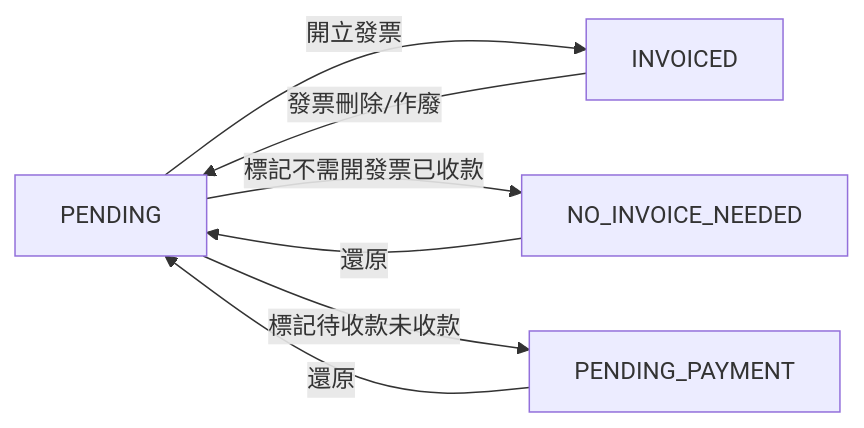
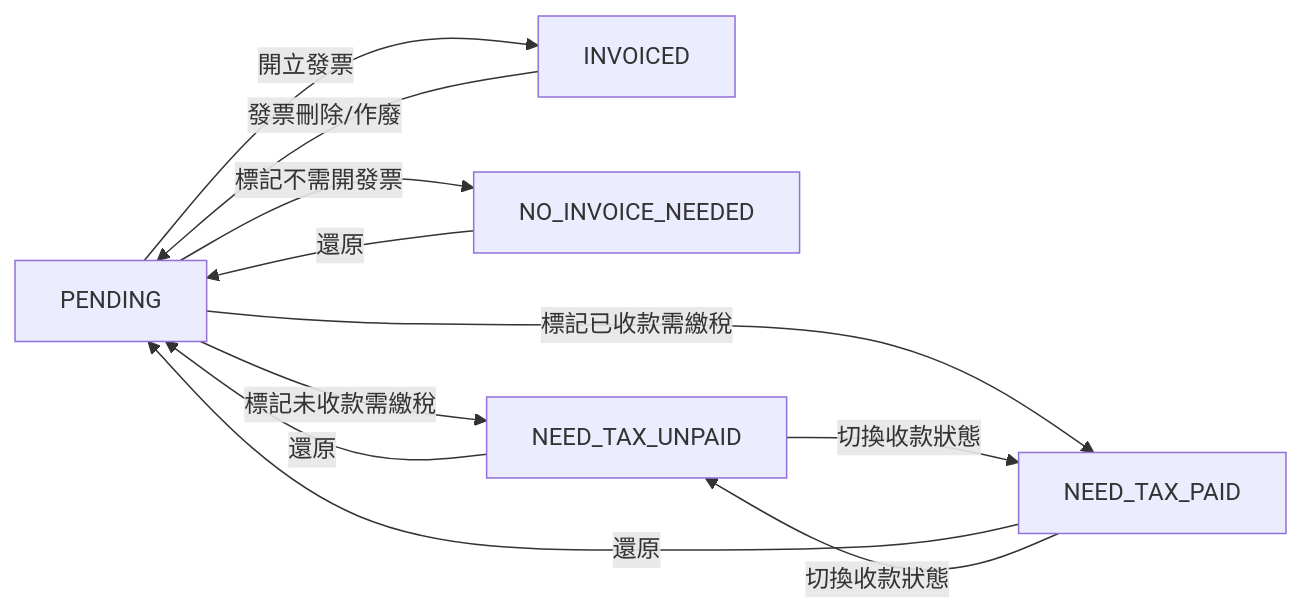
The diagram in docs/waybill-management-feature.md (tf00117345/hao-yang-finance), drawn with Mermaid before and after one commit. The commit also changed other lines of this file and 29 other files, not shown here.

````diff
--- a/docs/waybill-management-feature.md
+++ b/docs/waybill-management-feature.md
@@ -24,9 +25,13 @@
 ```mermaid
 graph LR
     PENDING -->|開立發票| INVOICED
-    PENDING -->|標記不需開發票已收款| NO_INVOICE_NEEDED
-    PENDING -->|標記待收款未收款| PENDING_PAYMENT
+    PENDING -->|標記不需開發票| NO_INVOICE_NEEDED
+    PENDING -->|標記未收款需繳稅| NEED_TAX_UNPAID
+    PENDING -->|標記已收款需繳稅| NEED_TAX_PAID
     INVOICED -->|發票刪除/作廢| PENDING
     NO_INVOICE_NEEDED -->|還原| PENDING
-    PENDING_PAYMENT -->|還原| PENDING
+    NEED_TAX_UNPAID -->|還原| PENDING
+    NEED_TAX_UNPAID -->|切換收款狀態| NEED_TAX_PAID
+    NEED_TAX_PAID -->|還原| PENDING
+    NEED_TAX_PAID -->|切換收款狀態| NEED_TAX_UNPAID
 ```
````
